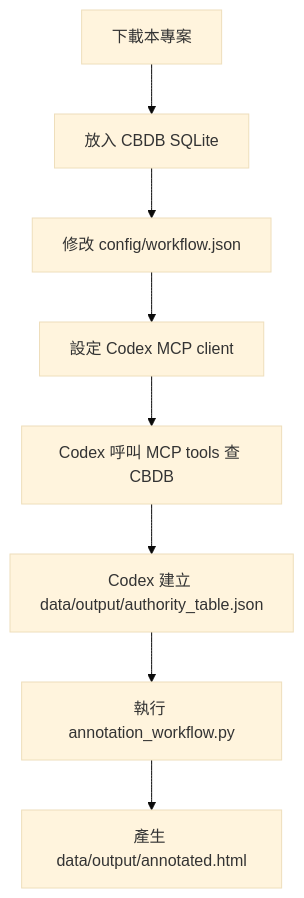
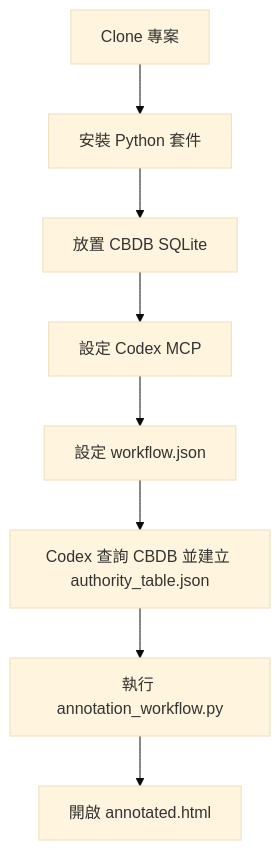
One commit to cclintw/cbdb-mcp-server-codex changed the diagram in README.md. Above: the diagram before and after it, drawn with Mermaid (base theme). The commit also changed other lines of this file, not shown here.

Commit message:
Polish README workflow documentation

````diff
--- a/README.md
+++ b/README.md
@@ -22,10 +16,10 @@
 ```mermaid
 flowchart TD
-    A["下載本專案"] --> B["放入 CBDB SQLite"]
-    B --> C["修改 config/workflow.json"]
-    C --> D["設定 Codex MCP client"]
-    D --> E["Codex 呼叫 MCP tools 查 CBDB"]
-    E --> F["Codex 建立 data/output/authority_table.json"]
+    A["Clone 專案"] --> B["安裝 Python 套件"]
+    B --> C["放置 CBDB SQLite"]
+    C --> D["設定 Codex MCP"]
+    D --> E["設定 workflow.json"]
+    E --> F["Codex 查詢 CBDB 並建立 authority_table.json"]
     F --> G["執行 annotation_workflow.py"]
-    G --> H["產生 data/output/annotated.html"]
+    G --> H["開啟 annotated.html"]
 ```
````
